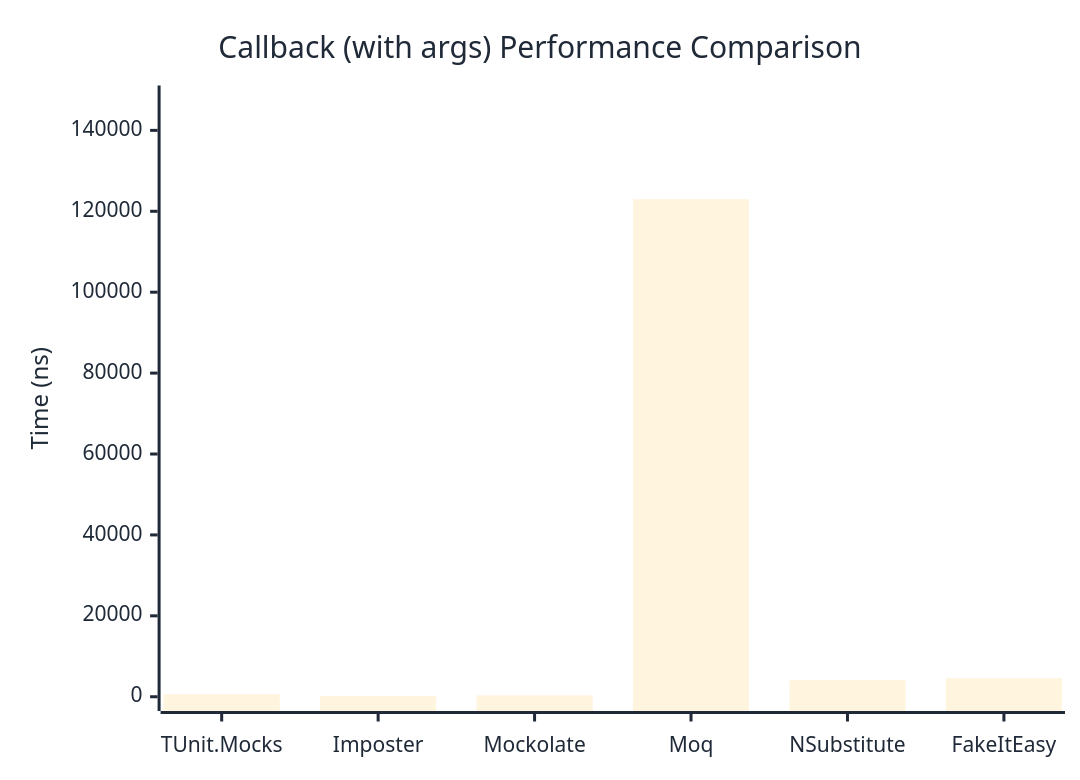
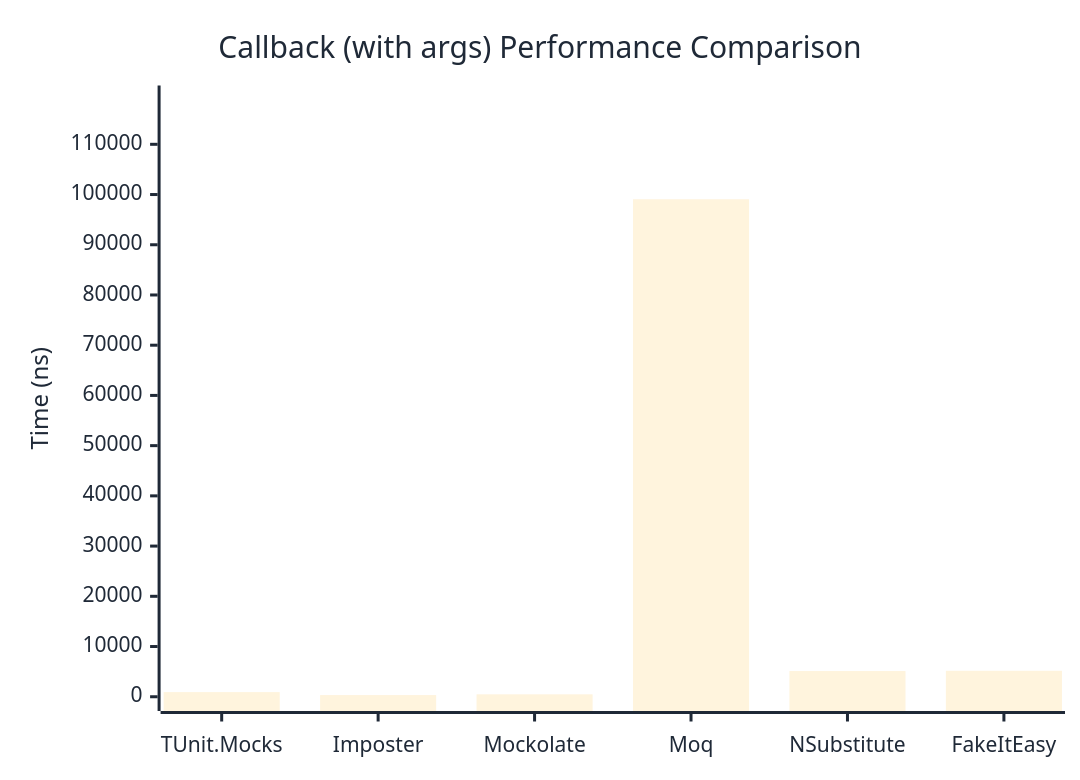
Before and after one commit to thomhurst/TUnit: the second of 2 diagrams in docs/docs/benchmarks/mocks/Callback.md, drawn with Mermaid. The commit also changed other lines of this file and 14 other files, not shown here.

````diff
--- a/docs/docs/benchmarks/mocks/Callback.md
+++ b/docs/docs/benchmarks/mocks/Callback.md
@@ -71,27 +71,27 @@
 ```mermaid
 %%{init: {
   'theme':'base',
   'themeVariables': {
     'primaryColor': '#2563eb',
     'primaryTextColor': '#1f2937',
     'primaryBorderColor': '#1e40af',
     'lineColor': '#6b7280',
     'secondaryColor': '#7c3aed',
     'tertiaryColor': '#dc2626',
     'background': '#ffffff',
     'pie1': '#2563eb',
     'pie2': '#7c3aed',
     'pie3': '#dc2626',
     'pie4': '#f59e0b',
     'pie5': '#10b981',
     'pie6': '#06b6d4',
     'pie7': '#ec4899',
     'pie8': '#6366f1'
   }
 }}%%
 xychart-beta
   title "Callback (with args) Performance Comparison"
   x-axis ["TUnit.Mocks", "Imposter", "Mockolate", "Moq", "NSubstitute", "FakeItEasy"]
-  y-axis "Time (ns)" 0 --> 147570
-  bar [642.6, 242, 337.2, 122974.8, 4081.3, 4577.6]
+  y-axis "Time (ns)" 0 --> 118873
+  bar [924.6, 332.4, 482.4, 99060.8, 5117.8, 5171.4]
 ```
````
